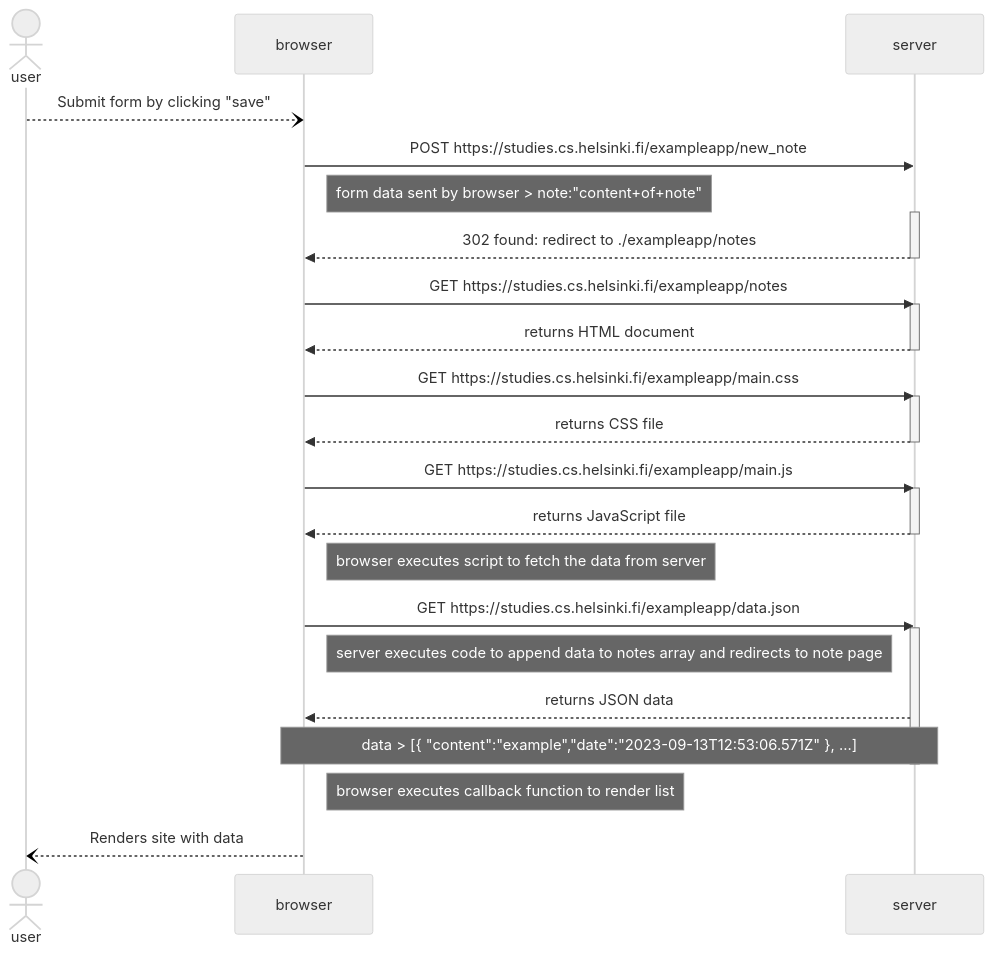
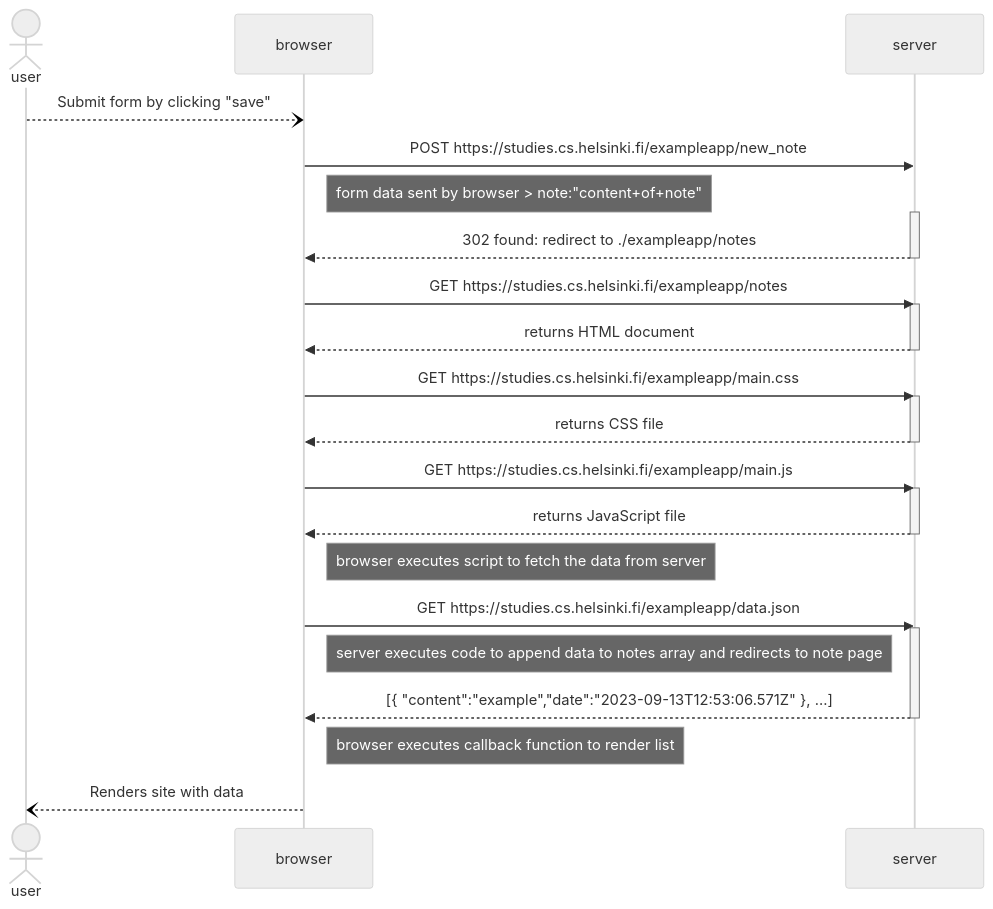
The diagram in part0/0.4-new-note-diagram.md (Dani-0TB/fullstack-open-submissions), drawn with Mermaid (neutral theme) before and after one commit. The commit also changed 2 other files, not shown here.

Commit message:
modidied diagrams, finished sp-new-note diagram

````diff
--- a/part0/0.4-new-note-diagram.md
+++ b/part0/0.4-new-note-diagram.md
@@ -3,43 +3,42 @@
 ```mermaid
 
 sequenceDiagram
   actor user
   participant browser
   participant server
 
   user--)browser: Submit form by clicking "save"
   browser->>server: POST https://studies.cs.helsinki.fi/exampleapp/new_note
   note right of browser: form data sent by browser > note:"content+of+note"
   activate server
   server-->>browser: 302 found: redirect to ./exampleapp/notes
   deactivate server
 
   browser->>server: GET https://studies.cs.helsinki.fi/exampleapp/notes
   activate server
   server-->>browser: returns HTML document
   deactivate server
 
   browser->>server: GET https://studies.cs.helsinki.fi/exampleapp/main.css
   activate server
   server-->>browser: returns CSS file
   deactivate server
 
   browser->>server: GET https://studies.cs.helsinki.fi/exampleapp/main.js
   activate server
   server-->>browser: returns JavaScript file
   deactivate server
 
   note right of browser: browser executes script to fetch the data from server
 
   browser->>server: GET https://studies.cs.helsinki.fi/exampleapp/data.json
   activate server
 
   note left of server: server executes code to append data to notes array and redirects to note page
 
-  server-->>browser: returns JSON data
-  note over browser,server: data > [{ "content":"example","date":"2023-09-13T12:53:06.571Z" }, ...]
+  server-->>browser: [{ "content":"example","date":"2023-09-13T12:53:06.571Z" }, ...]
   deactivate server
   note right of browser: browser executes callback function to render list
   browser--)user: Renders site with data
 
 ```
````
